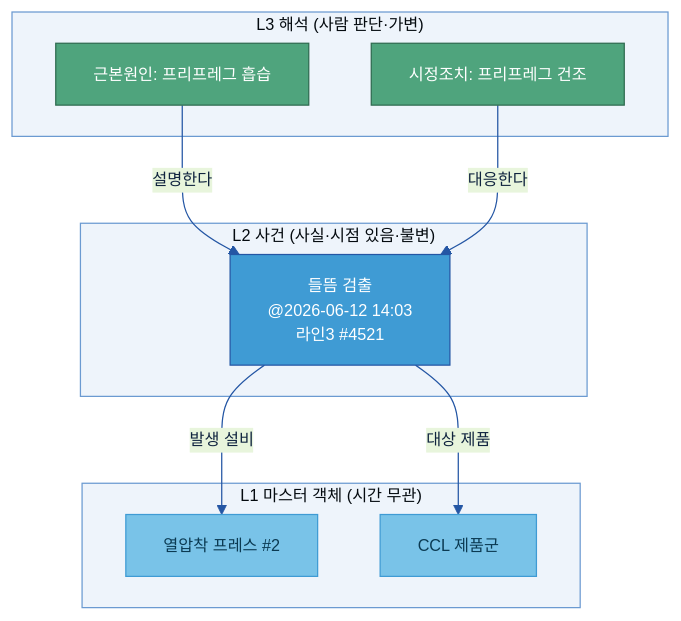
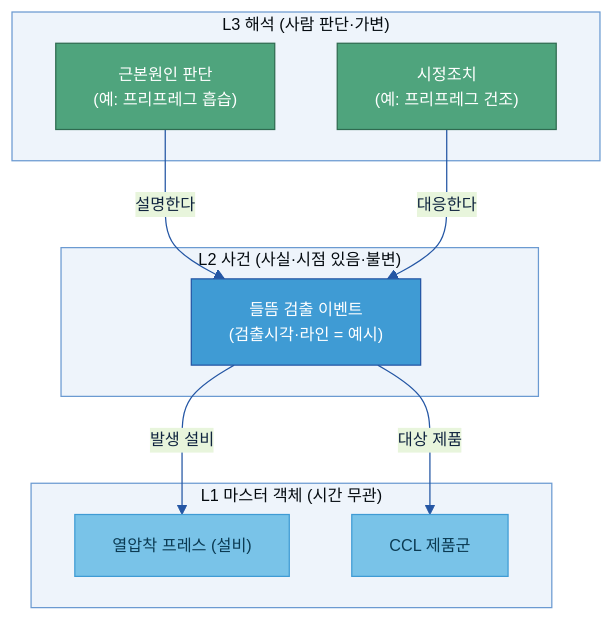
Before and after one commit to jin-kearney/ai-ready-data-manual: the fifth of 14 diagrams in 가이드 작성/B-3 온톨로지/B-3 온톨로지.md, drawn with Mermaid. The commit also changed other lines of this file, not shown here.

First line of the commit message:
docs(B-3): 다이어그램 예시값 sanitize + 전역 예시 표기

````diff
--- a/가이드 작성/B-3 온톨로지/B-3 온톨로지.md
+++ b/가이드 작성/B-3 온톨로지/B-3 온톨로지.md
@@ -410,22 +412,22 @@
 ```mermaid
 %%{init:{'theme':'base','themeVariables':{'primaryColor':'#DCE8F5','primaryBorderColor':'#2456A4','primaryTextColor':'#10243f','lineColor':'#2456A4','clusterBkg':'#EEF4FB','clusterBorder':'#6B9AD1','fontSize':'13px'}}}%%
 flowchart TB
     subgraph L3["L3 해석 (사람 판단·가변)"]
-        RC["근본원인: 프리프레그 흡습"]:::loop
-        CA["시정조치: 프리프레그 건조"]:::loop
+        RC["근본원인 판단\n(예: 프리프레그 흡습)"]:::loop
+        CA["시정조치\n(예: 프리프레그 건조)"]:::loop
     end
     subgraph L2["L2 사건 (사실·시점 있음·불변)"]
-        EV["들뜸 검출\n@2026-06-12 14:03\n라인3 #4521"]:::gate
+        EV["들뜸 검출 이벤트\n(검출시각·라인 = 예시)"]:::gate
     end
     subgraph L1["L1 마스터 객체 (시간 무관)"]
-        EQ["열압착 프레스 #2"]:::src
+        EQ["열압착 프레스 (설비)"]:::src
         PR["CCL 제품군"]:::src
     end
     RC -->|"설명한다"| EV
     CA -->|"대응한다"| EV
     EV -->|"발생 설비"| EQ
     EV -->|"대상 제품"| PR
     classDef src fill:#79C3E8,stroke:#3F9BD4,color:#0b3a52;
     classDef gate fill:#3F9BD4,stroke:#2456A4,color:#fff;
     classDef loop fill:#4FA47D,stroke:#2f6b50,color:#fff;
 ```
````
